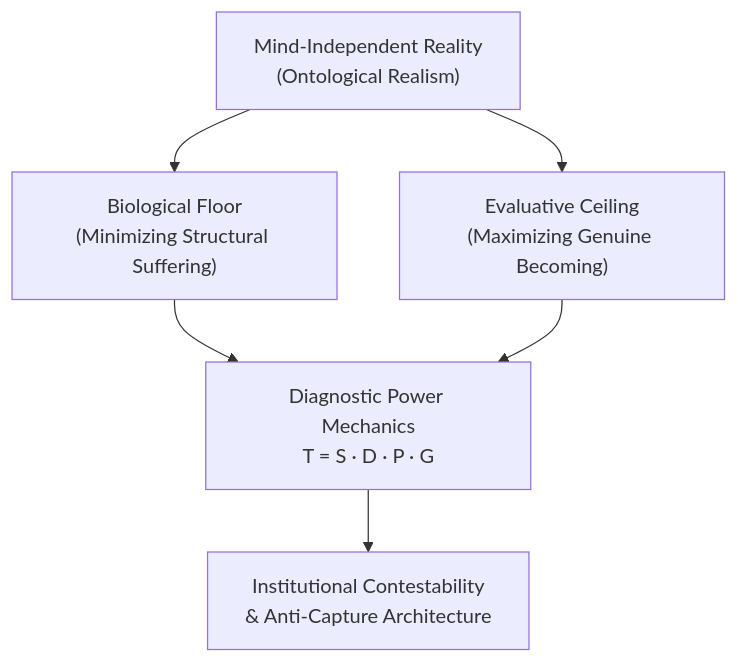
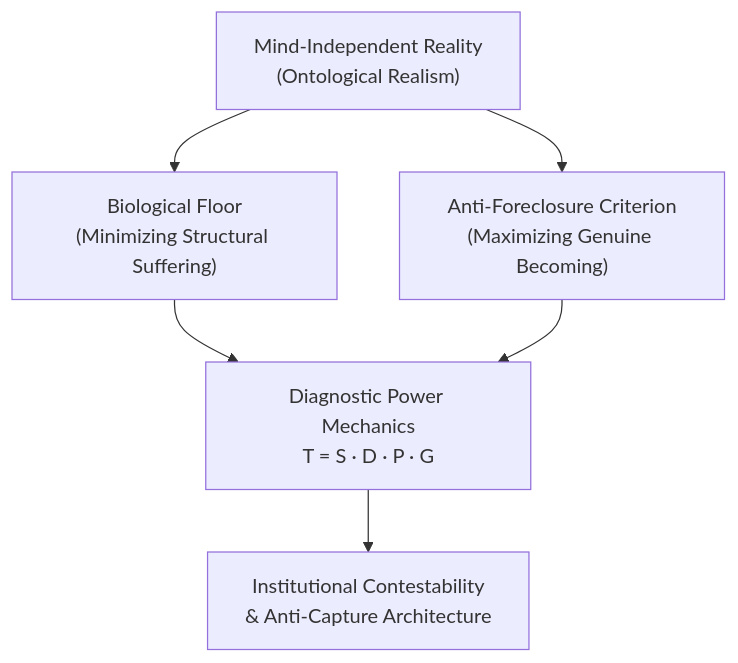
One commit to novadharma-hub/pmn-framework changed the diagram in README.md. Above: the diagram before and after it, drawn with Mermaid. The commit also changed other lines of this file and 7 other files, not shown here.

````diff
--- a/README.md
+++ b/README.md
@@ -42,8 +42,8 @@
 ```mermaid
 graph TD
     A["Mind-Independent Reality<br/>(Ontological Realism)"] --> B["Biological Floor<br/>(Minimizing Structural Suffering)"]
-    A --> C["Evaluative Ceiling<br/>(Maximizing Genuine Becoming)"]
+    A --> C["Anti-Foreclosure Criterion<br/>(Maximizing Genuine Becoming)"]
     B --> D["Diagnostic Power Mechanics<br/>T = S · D · P · G"]
     C --> D
     D --> E["Institutional Contestability<br/>& Anti-Capture Architecture"]
 ```
````
